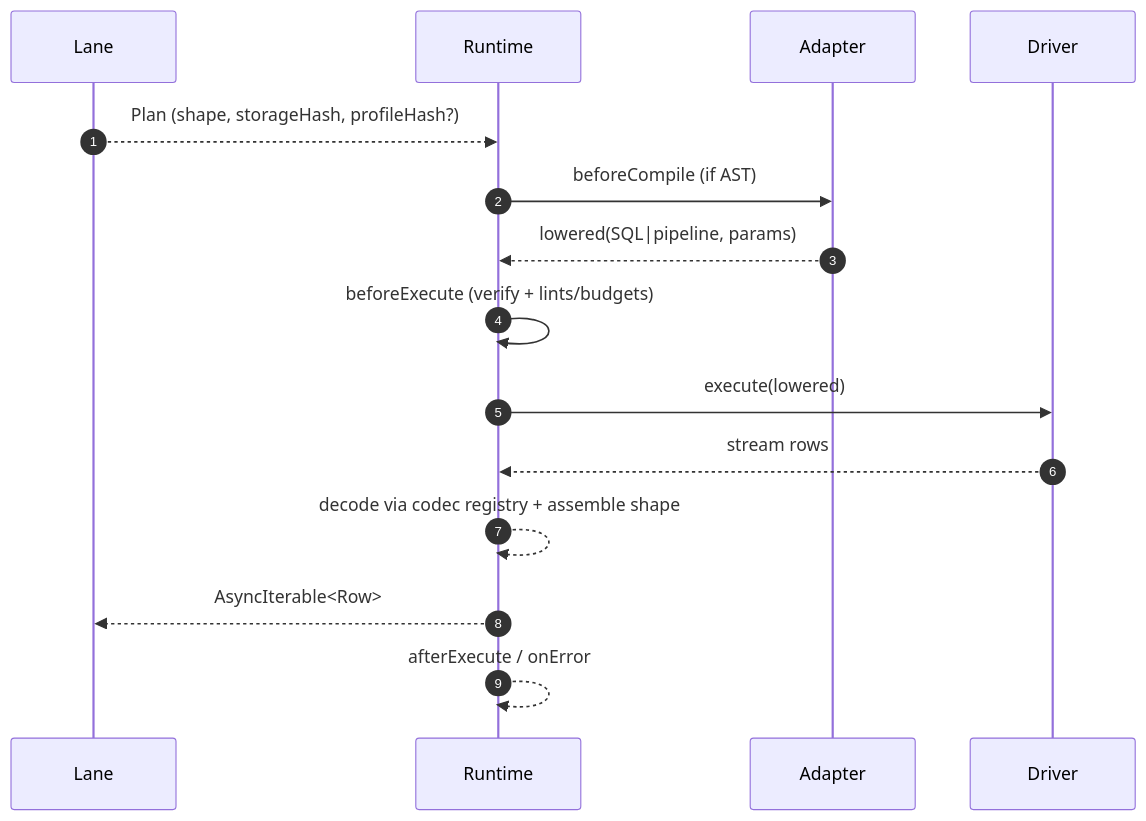
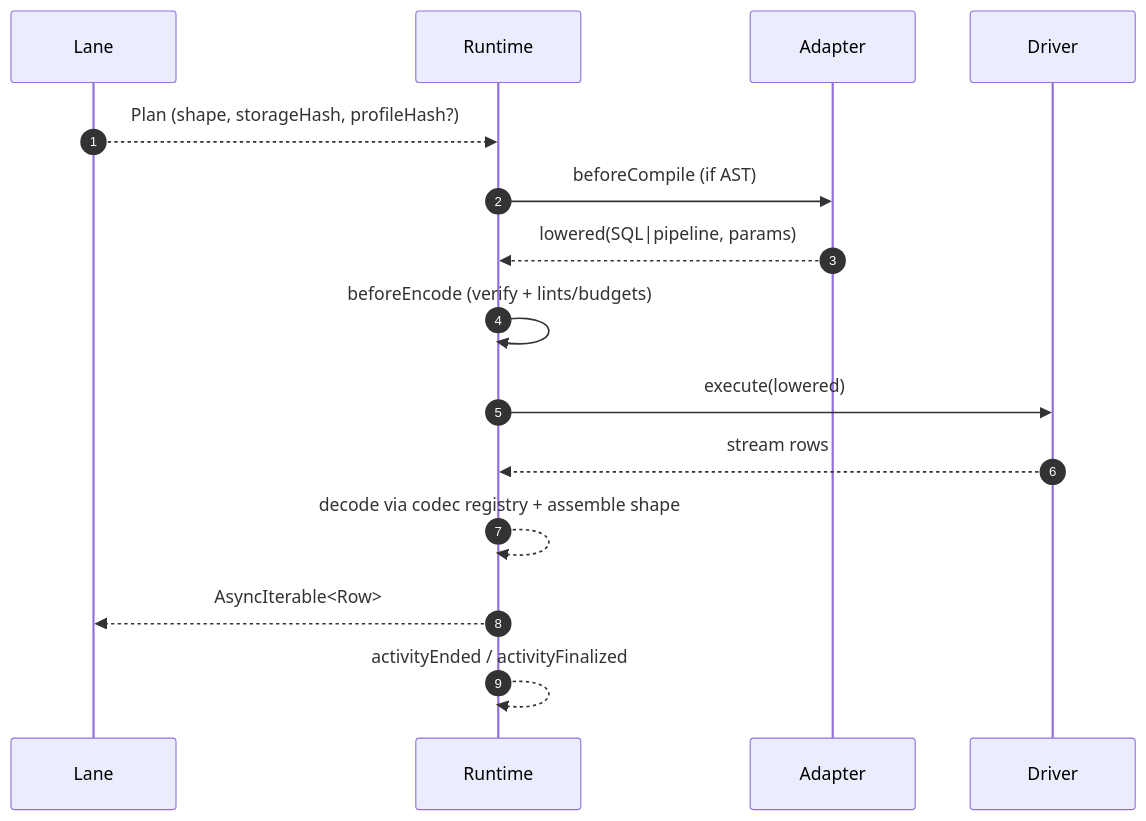
One commit to prisma/prisma changed the third of 3 diagrams in docs/architecture docs/subsystems/5. Adapters & Targets.md. Above: the diagram before and after it, drawn with Mermaid. The commit also changed other lines of this file and 17 other files, not shown here.

````diff
--- a/docs/architecture docs/subsystems/5. Adapters & Targets.md
+++ b/docs/architecture docs/subsystems/5. Adapters & Targets.md
@@ -542,18 +542,18 @@
 ```mermaid
 sequenceDiagram
   autonumber
   participant Lane
   participant Runtime
   participant Adapter
   participant Driver
 
   Lane-->>Runtime: Plan (shape, storageHash, profileHash?)
   Runtime->>Adapter: beforeCompile (if AST)
   Adapter-->>Runtime: lowered(SQL|pipeline, params)
-  Runtime->>Runtime: beforeExecute (verify + lints/budgets)
+  Runtime->>Runtime: beforeEncode (verify + lints/budgets)
   Runtime->>Driver: execute(lowered)
   Driver-->>Runtime: stream rows
   Runtime-->>Runtime: decode via codec registry + assemble shape
   Runtime-->>Lane: AsyncIterable<Row>
-  Runtime-->>Runtime: afterExecute / onError
+  Runtime-->>Runtime: activityEnded / activityFinalized
 ```
````
